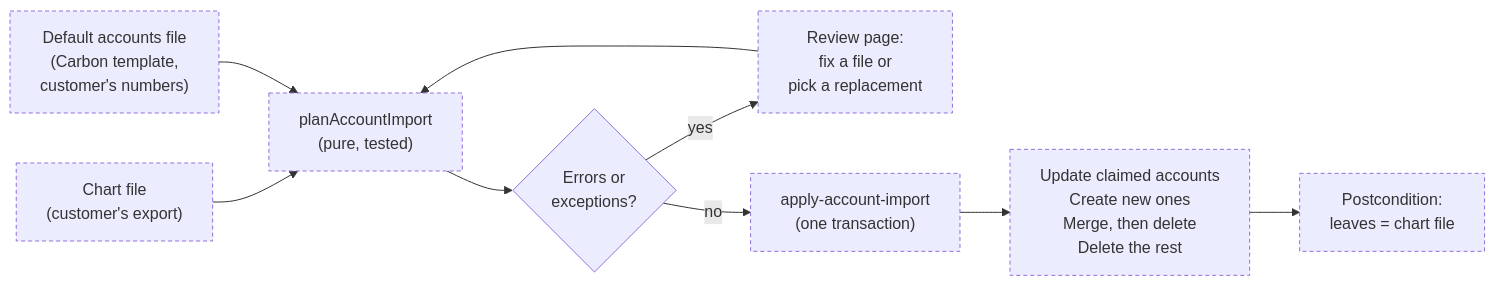
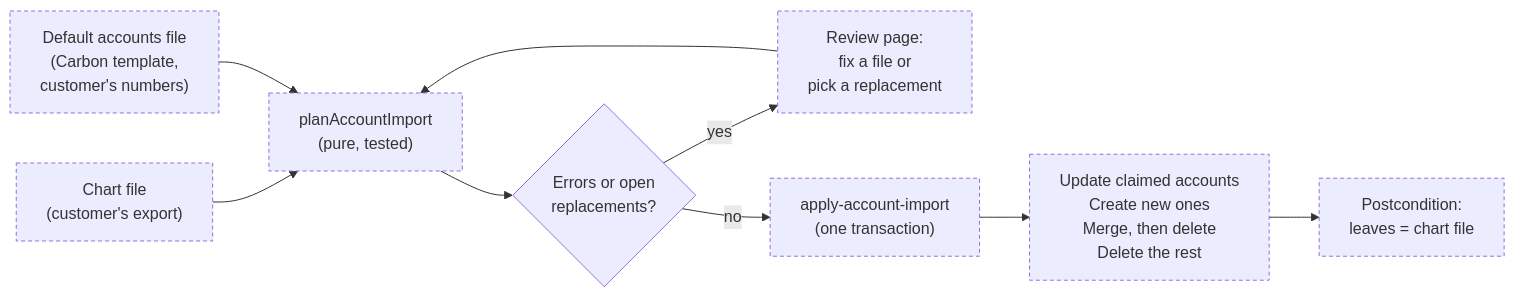
One commit to crbnos/carbon changed the diagram in .ai/specs/2026-10-12-chart-of-accounts-import.md. Above: the diagram before and after it, drawn with Mermaid. The commit also changed other lines of this file and 2 other files, not shown here.

Commit message:
docs(accounting): chart import self-review fixes in the spec, plan and lessons

````diff
--- a/.ai/specs/2026-10-12-chart-of-accounts-import.md
+++ b/.ai/specs/2026-10-12-chart-of-accounts-import.md
@@ -15,12 +15,12 @@
 ```mermaid
 flowchart LR
     A["Chart file<br/>(customer's export)"]:::new --> C["planAccountImport<br/>(pure, tested)"]:::new
     B["Default accounts file<br/>(Carbon template,<br/>customer's numbers)"]:::new --> C
-    C --> D{"Errors or<br/>exceptions?"}
+    C --> D{"Errors or open<br/>replacements?"}
     D -- yes --> E["Review page:<br/>fix a file or<br/>pick a replacement"]:::new
     E --> C
     D -- no --> F["apply-account-import<br/>(one transaction)"]:::new
     F --> G["Update claimed accounts<br/>Create new ones<br/>Merge, then delete<br/>Delete the rest"]:::new
     G --> H["Postcondition:<br/>leaves = chart file"]:::new
     classDef new stroke-dasharray:4 3
 ```
````
